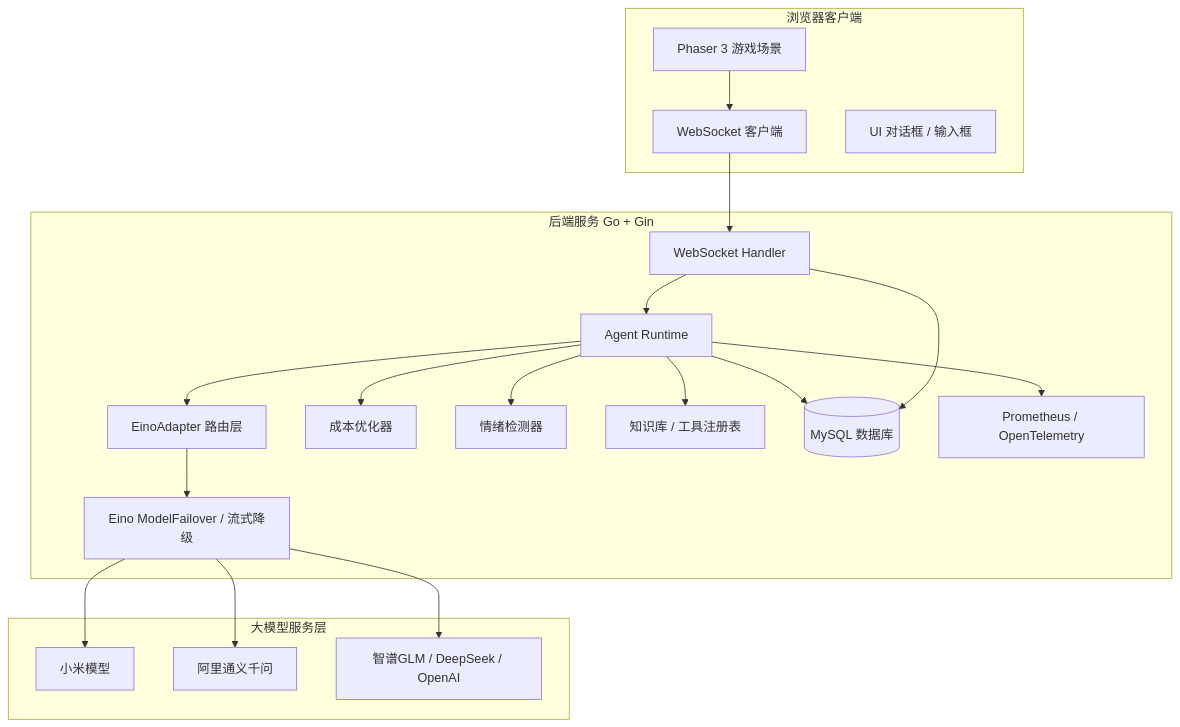
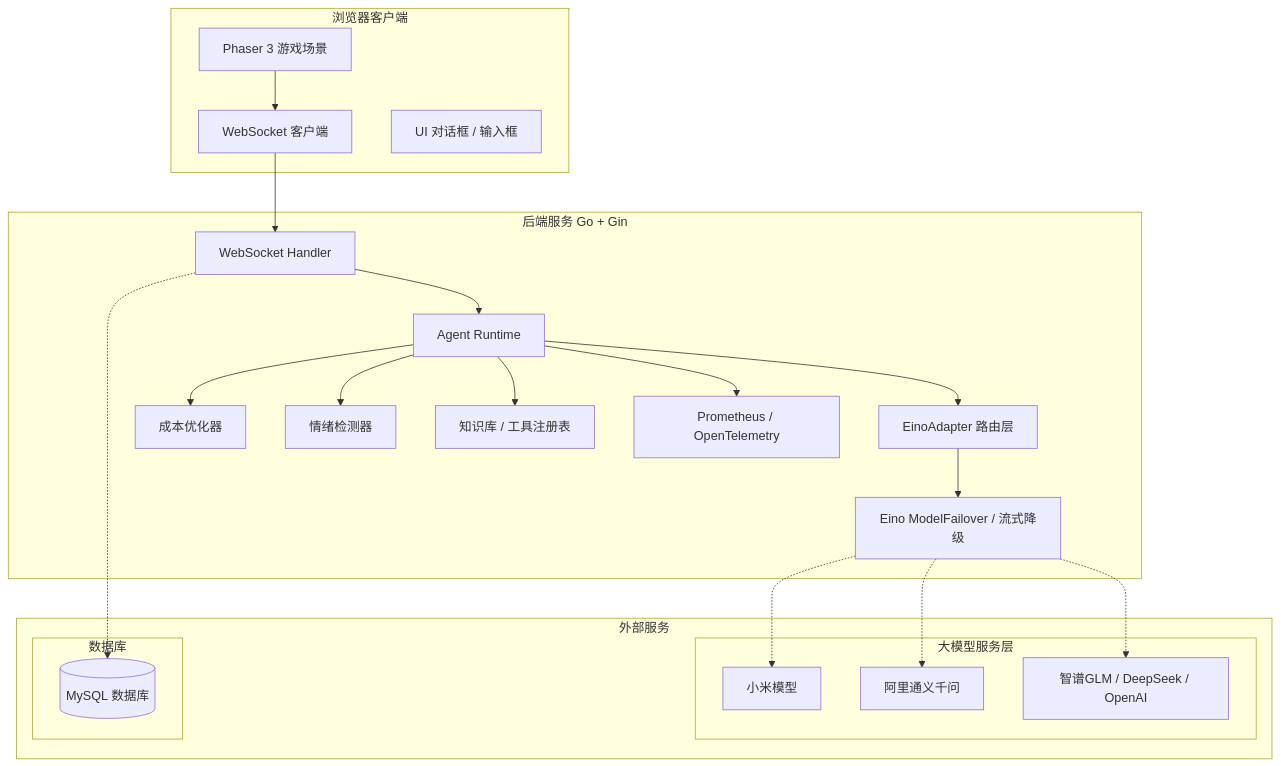
One commit to qjm134-source/taohuawu changed the first of 4 diagrams in README.md. Above: the diagram before and after it, drawn with Mermaid. The commit also changed other lines of this file and 7 other files, not shown here.

Commit message:
架构图调整

````diff
--- a/README.md
+++ b/README.md
@@ -74,41 +74,46 @@
 ```mermaid
 graph TB
     subgraph Client["浏览器客户端"]
         A[Phaser 3 游戏场景]
         B[WebSocket 客户端]
         C[UI 对话框 / 输入框]
     end
 
     subgraph Backend["后端服务 Go + Gin"]
         D[WebSocket Handler]
         E[Agent Runtime]
         F[EinoAdapter 路由层]
         G[成本优化器]
         H[情绪检测器]
         I[知识库 / 工具注册表]
         J[Eino ModelFailover / 流式降级]
-        K[(MySQL 数据库)]
         L[Prometheus / OpenTelemetry]
     end
 
-    subgraph LLM["大模型服务层"]
-        M[小米模型]
-        N[阿里通义千问]
-        O[智谱GLM / DeepSeek / OpenAI]
+    subgraph 外部服务["外部服务"]
+        subgraph LLM["大模型服务层"]
+            M[小米模型]
+            N[阿里通义千问]
+            O[智谱GLM / DeepSeek / OpenAI]
+        end
+
+        subgraph 数据库["数据库"]
+            K[(MySQL 数据库)]
+        end
     end
 
     A --> B
     B --> D
     D --> E
     E --> F
     E --> G
     E --> H
     E --> I
+    E --> L
     F --> J
-    J --> M
-    J --> N
-    J --> O
-    E --> K
-    D --> K
-    E --> L
+
+    J -.-> M
+    J -.-> N
+    J -.-> O
+    D -.-> K
 ```
````
